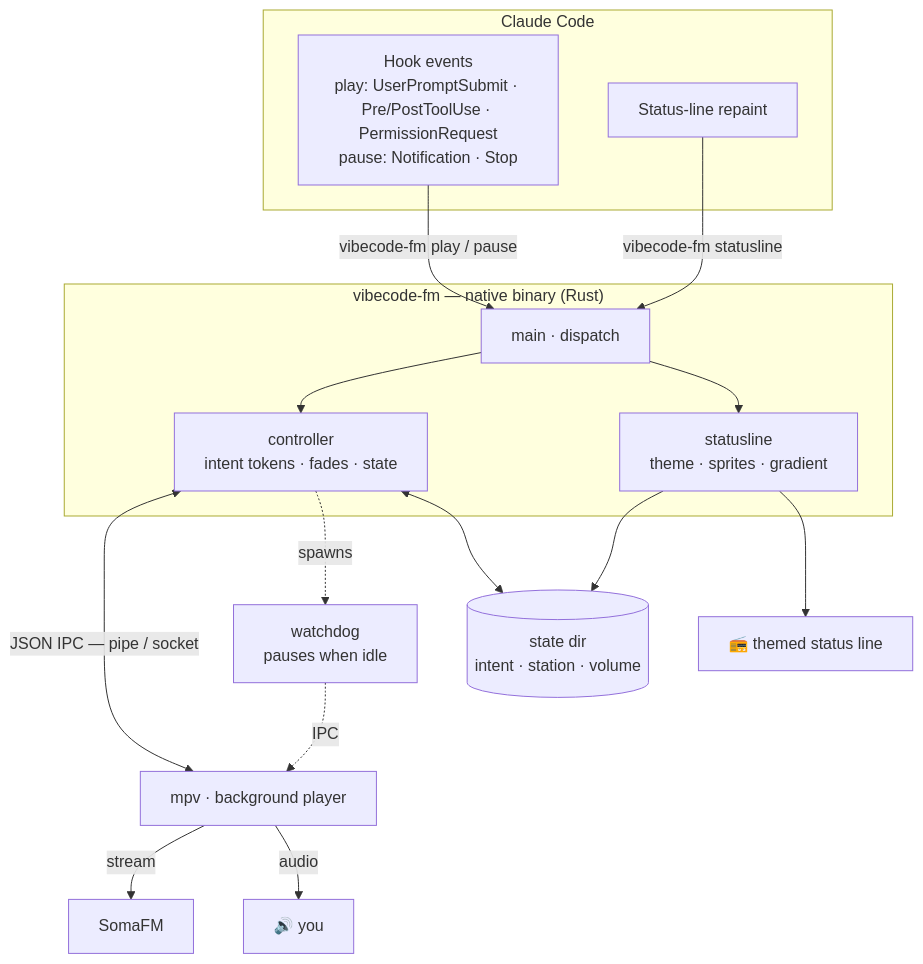
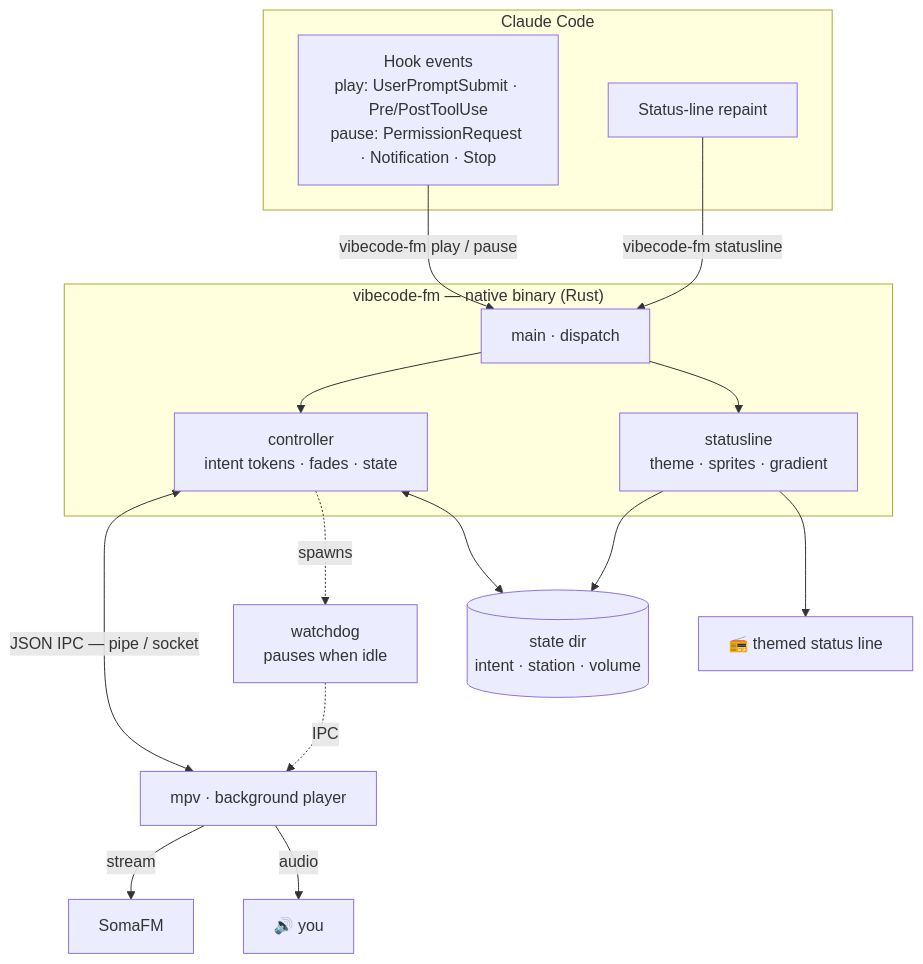
One commit to GusGaiotti/vibecode.fm changed the diagram in README.es.md. Above: the diagram before and after it, drawn with Mermaid. The commit also changed 2 other files, not shown here.

Commit message:
Fix the flow diagram: permission prompts pause, not play
The diagram still listed PermissionRequest under play; it maps to pause
now (any attention pauses).

````diff
--- a/README.es.md
+++ b/README.es.md
@@ -39,33 +39,33 @@
 ```mermaid
 flowchart TD
     subgraph cc["Claude Code"]
-        ev["Hook events<br/>play: UserPromptSubmit · Pre/PostToolUse · PermissionRequest<br/>pause: Notification · Stop"]
+        ev["Hook events<br/>play: UserPromptSubmit · Pre/PostToolUse<br/>pause: PermissionRequest · Notification · Stop"]
         rp["Status-line repaint"]
     end
 
     subgraph plugin["vibecode-fm — native binary (Rust)"]
         disp["main · dispatch"]
         ctrl["controller<br/>intent tokens · fades · state"]
         sl["statusline<br/>theme · sprites · gradient"]
     end
 
     mpv["mpv · background player"]
     wd["watchdog<br/>pauses when idle"]
     st[("state dir<br/>intent · station · volume")]
     soma["SomaFM"]
     you["🔊 you"]
     term["📻 themed status line"]
 
     ev -->|"vibecode-fm play / pause"| disp
     rp -->|"vibecode-fm statusline"| disp
     disp --> ctrl
     disp --> sl
     ctrl <-->|"JSON IPC — pipe / socket"| mpv
     ctrl -.->|"spawns"| wd
     wd -.->|"IPC"| mpv
     ctrl <--> st
     sl --> st
     mpv -->|"stream"| soma
     mpv -->|"audio"| you
     sl --> term
 ```
````
